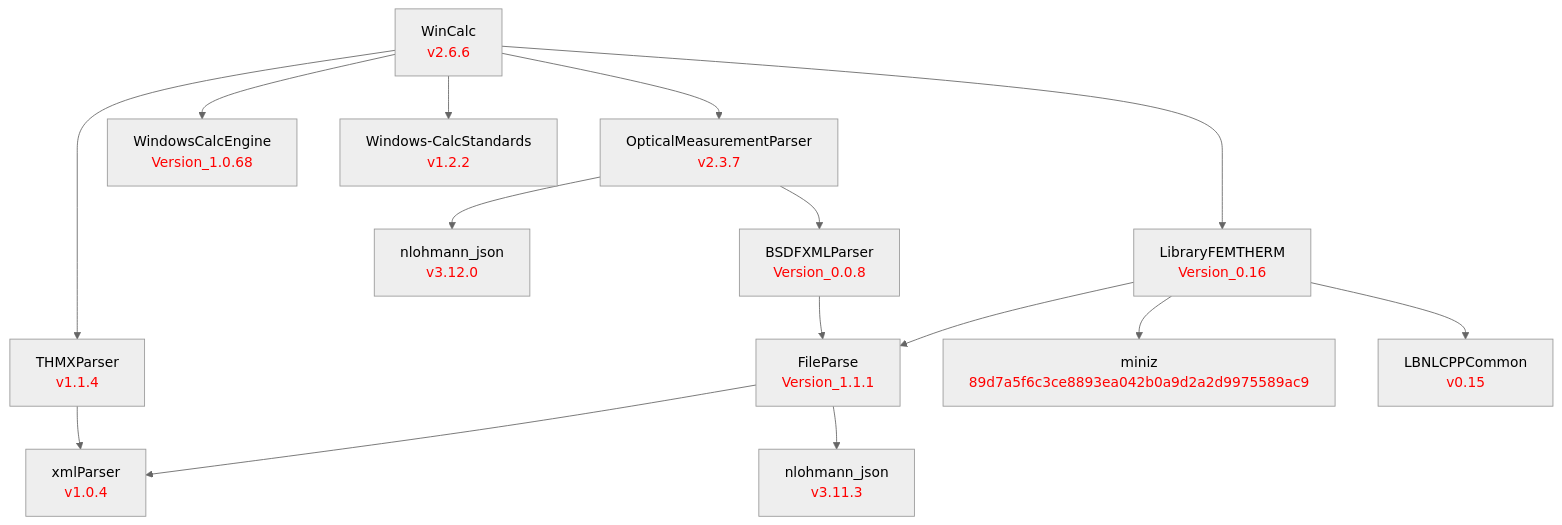
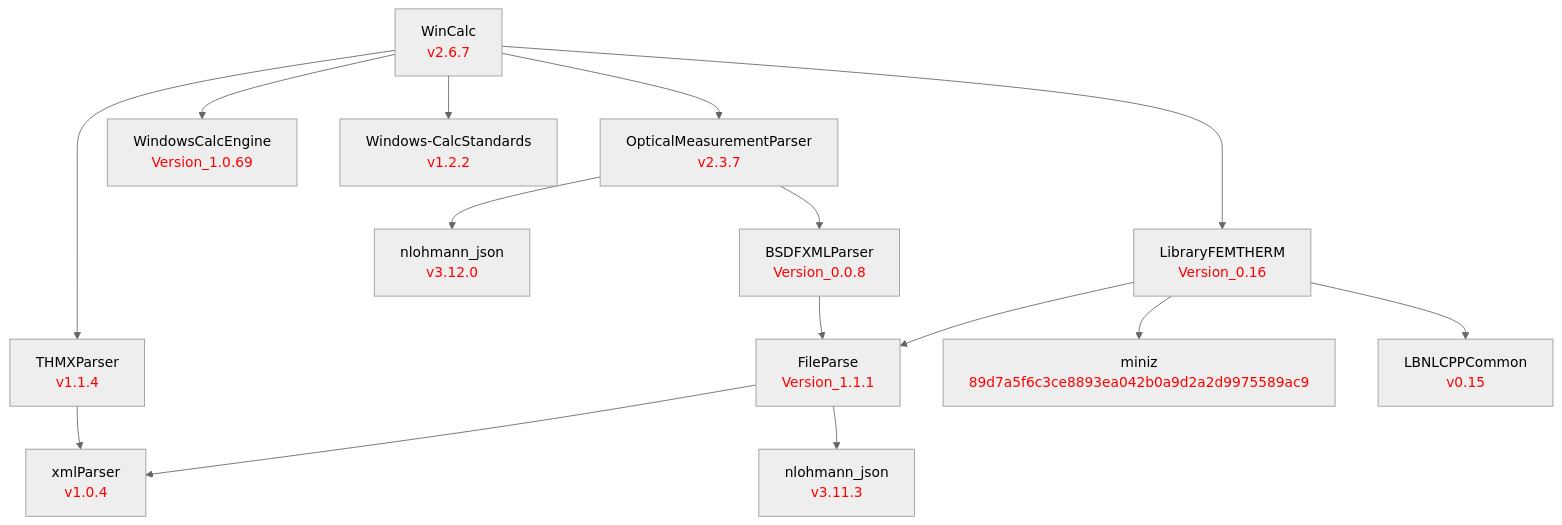
The diagram in doc/WinCalc.md (LBNL-ETA/WinCalc), drawn with Mermaid (neutral theme) before and after one commit. The commit also changed 2 other files, not shown here.

Commit message:
Bump to v2.6.7, update WCE to Version_1.0.69
- Make per-layer wavelength matrices computation lazy for ~5x speedup
- Add populate_layer_wavelength_matrices() for on-demand computation
- Update WCE dependency to Version_1.0.69 (Tarcog refactoring)
- Update dependency diagram

````diff
--- a/doc/WinCalc.md
+++ b/doc/WinCalc.md
@@ -1,49 +1,49 @@
 ```mermaid
 graph TD
     %% Level 0
-    WinCalc[WinCalc<br/><font color='red'>v2.6.6</font>]
+    WinCalc[WinCalc<br/><font color='red'>v2.6.7</font>]
 
     %% Level 1 - direct dependencies
     OpticalMeasurementParser[OpticalMeasurementParser<br/><font color='red'>v2.3.7</font>]
     THMXParser[THMXParser<br/><font color='red'>v1.1.4</font>]
-    WindowsCalcEngine[WindowsCalcEngine<br/><font color='red'>Version_1.0.68</font>]
+    WindowsCalcEngine[WindowsCalcEngine<br/><font color='red'>Version_1.0.69</font>]
     Windows-CalcStandards[Windows-CalcStandards<br/><font color='red'>v1.2.2</font>]
     LibraryFEMTHERM[LibraryFEMTHERM<br/><font color='red'>Version_0.16</font>]
 
     %% Level 2
     nlohmann_omp[nlohmann_json<br/><font color='red'>v3.12.0</font>]
     BSDFXMLParser[BSDFXMLParser<br/><font color='red'>Version_0.0.8</font>]
     FileParse[FileParse<br/><font color='red'>Version_1.1.1</font>]
     miniz[miniz<br/><font color='red'>89d7a5f6c3ce8893ea042b0a9d2a2d9975589ac9</font>]
     LBNLCPPCommon[LBNLCPPCommon<br/><font color='red'>v0.15</font>]
 
     %% Level 3
     xmlParser[xmlParser<br/><font color='red'>v1.0.4</font>]
     nlohmann_fp[nlohmann_json<br/><font color='red'>v3.11.3</font>]
 
     %% WinCalc dependencies
     WinCalc --> OpticalMeasurementParser
     WinCalc --> THMXParser
     WinCalc --> WindowsCalcEngine
     WinCalc --> Windows-CalcStandards
     WinCalc --> LibraryFEMTHERM
 
     %% OpticalMeasurementParser dependencies
     OpticalMeasurementParser --> nlohmann_omp
     OpticalMeasurementParser --> BSDFXMLParser
 
     %% LibraryFEMTHERM dependencies
     LibraryFEMTHERM --> FileParse
     LibraryFEMTHERM --> miniz
     LibraryFEMTHERM --> LBNLCPPCommon
 
     %% BSDFXMLParser dependencies
     BSDFXMLParser --> FileParse
 
     %% FileParse dependencies
     FileParse --> xmlParser
     FileParse --> nlohmann_fp
 
     %% THMXParser dependencies
     THMXParser --> xmlParser
 ```
````
